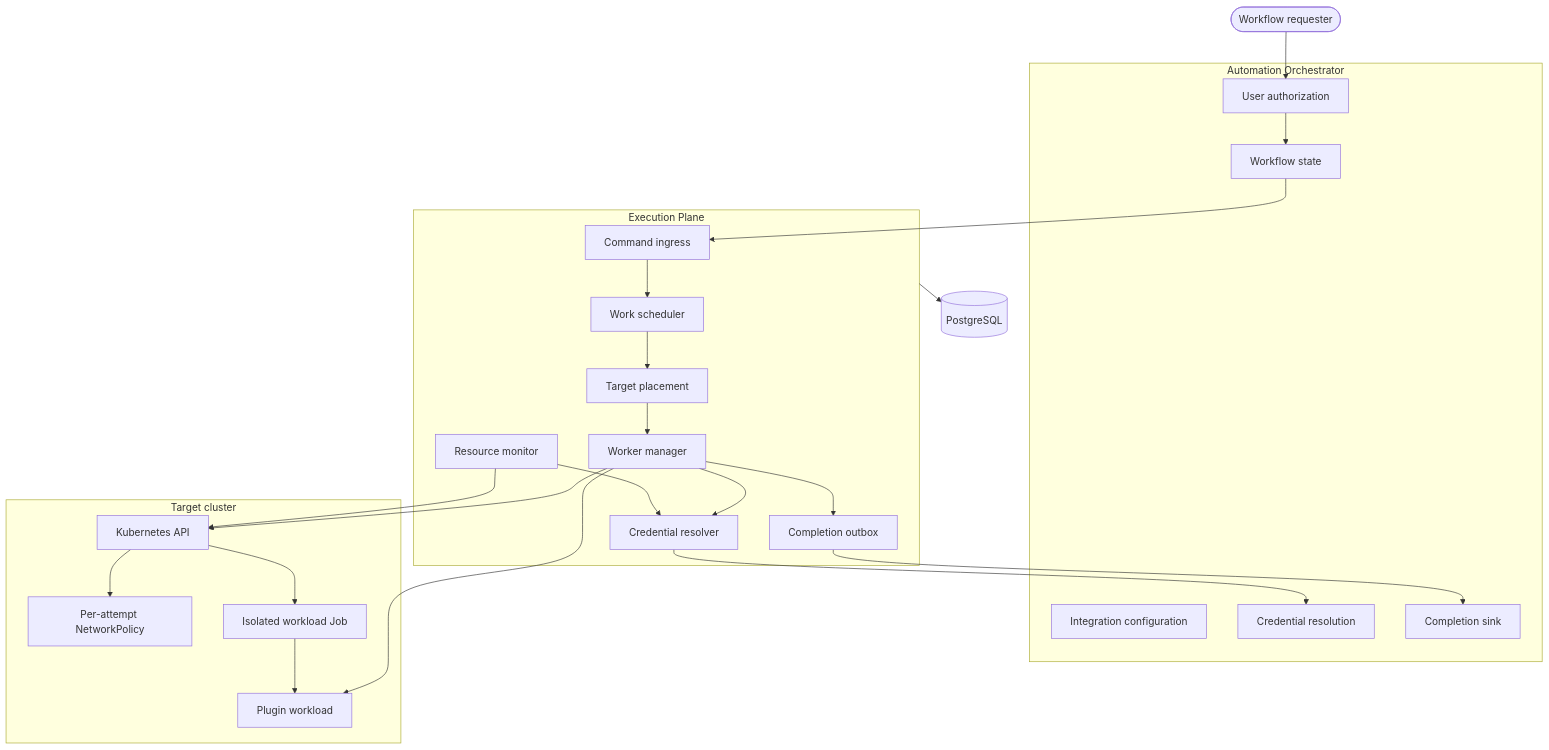
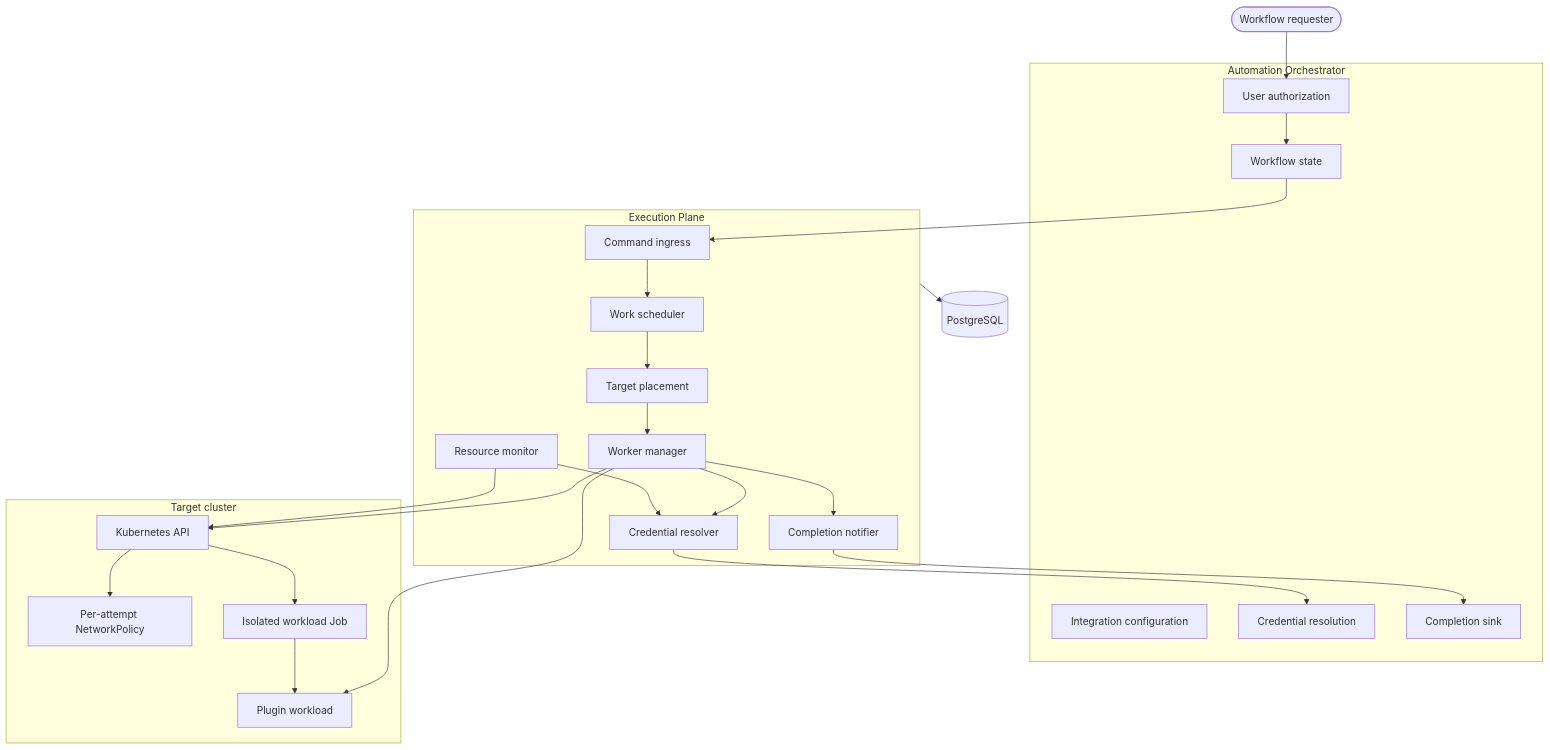
Before and after one commit to syntara-orchestration/syntara-execution-plane: the first of 10 diagrams in docs/architecture.md, drawn with Mermaid. The commit also changed other lines of this file, not shown here.

````diff
--- a/docs/architecture.md
+++ b/docs/architecture.md
@@ -24,50 +24,50 @@
 ```mermaid
 flowchart TB
     Requester([Workflow requester])
 
     subgraph AO[Automation Orchestrator]
         UserAuth[User authorization]
         Workflow[Workflow state]
         Integration[Integration configuration]
         CredentialSource[Credential resolution]
         CompletionSink[Completion sink]
     end
 
     subgraph EP[Execution Plane]
         CommandIngress[Command ingress]
         Scheduler[Work scheduler]
         Placement[Target placement]
         WorkerManager[Worker manager]
         CredentialResolver[Credential resolver]
-        CompletionOutbox[Completion outbox]
+        CompletionNotifier[Completion notifier]
         ResourceMonitor[Resource monitor]
     end
 
     Database[(PostgreSQL)]
 
     subgraph TargetCluster[Target cluster]
         KubernetesAPI[Kubernetes API]
         NetworkPolicy[Per-attempt NetworkPolicy]
         WorkloadJob[Isolated workload Job]
         PluginWorkload[Plugin workload]
     end
 
     Requester --> UserAuth
     UserAuth --> Workflow
     Workflow --> CommandIngress
     CommandIngress --> Scheduler
     Scheduler --> Placement
     Placement --> WorkerManager
     WorkerManager --> CredentialResolver
     WorkerManager --> KubernetesAPI
     WorkerManager --> PluginWorkload
     CredentialResolver --> CredentialSource
-    WorkerManager --> CompletionOutbox
-    CompletionOutbox --> CompletionSink
+    WorkerManager --> CompletionNotifier
+    CompletionNotifier --> CompletionSink
     ResourceMonitor --> CredentialResolver
     ResourceMonitor --> KubernetesAPI
     KubernetesAPI --> NetworkPolicy
     KubernetesAPI --> WorkloadJob
     WorkloadJob --> PluginWorkload
     EP --> Database
 ```
````
